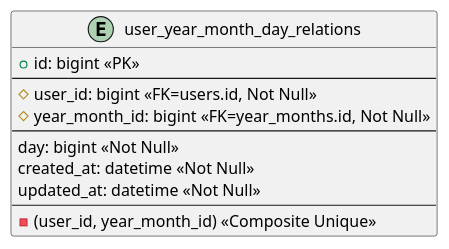
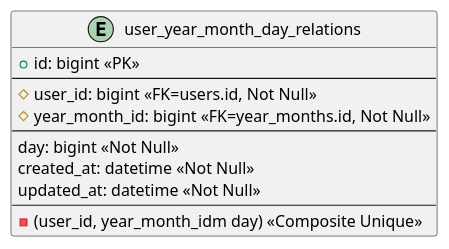
One commit to ZoveRKI/BookKeeping changed the diagram in Plantuml/tables/user_year_month_day_relations.puml. Above: the diagram before and after it, drawn with PlantUML. The commit also changed 2 other files, not shown here.

```diff
--- a/Plantuml/tables/user_year_month_day_relations.puml
+++ b/Plantuml/tables/user_year_month_day_relations.puml
@@ -1,16 +1,16 @@
 @startuml user_year_month_day_relations
 
 entity "user_year_month_day_relations" as user_year_month_day_relations {
     + id: bigint <<PK>>
     --
     # user_id: bigint <<FK=users.id, Not Null>>
     # year_month_id: bigint <<FK=year_months.id, Not Null>>
     --
     day: bigint <<Not Null>>
     created_at: datetime <<Not Null>>
     updated_at: datetime <<Not Null>>
     --
-    - (user_id, year_month_id) <<Composite Unique>>
+    - (user_id, year_month_idm day) <<Composite Unique>>
 }
 
 @enduml
```
